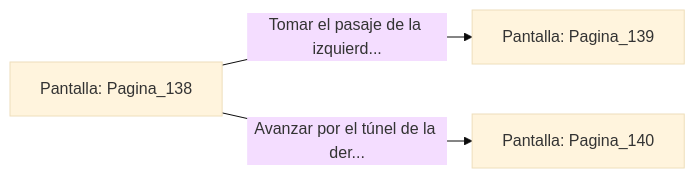
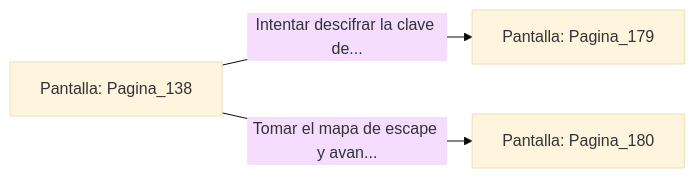
One commit to metsuke/mpl changed the diagram in sample/eligejuego-vault/Pantalla_Pagina_138.md. Above: the diagram before and after it, drawn with Mermaid (base theme). The commit also changed other lines of this file and 635 other files, not shown here.

First line of the commit message:
fix: añadir Pagina_1 como pantalla inicial en capitulo_01.mpl

````diff
--- a/sample/eligejuego-vault/Pantalla_Pagina_138.md
+++ b/sample/eligejuego-vault/Pantalla_Pagina_138.md
@@ -20,6 +22,6 @@
 ```mermaid
 graph LR
     P_Pagina_138["Pantalla: Pagina_138"]
-    P_Pagina_138 -->|"Tomar el pasaje de la izquierd..."| P_Pagina_139["Pantalla: Pagina_139"]
-    P_Pagina_138 -->|"Avanzar por el túnel de la der..."| P_Pagina_140["Pantalla: Pagina_140"]
+    P_Pagina_138 -->|"Intentar descifrar la clave de..."| P_Pagina_179["Pantalla: Pagina_179"]
+    P_Pagina_138 -->|"Tomar el mapa de escape y avan..."| P_Pagina_180["Pantalla: Pagina_180"]
 ```
````
